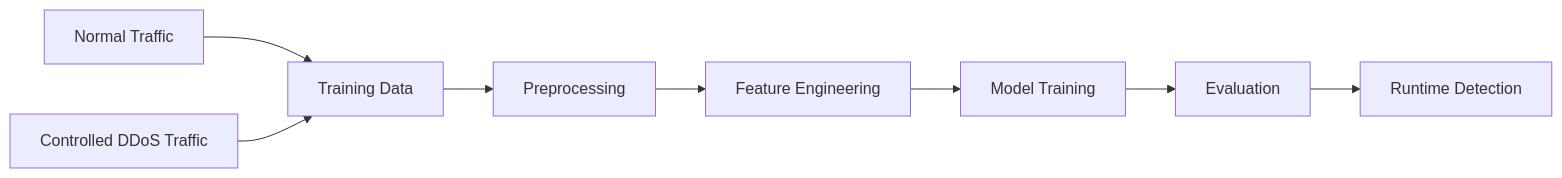
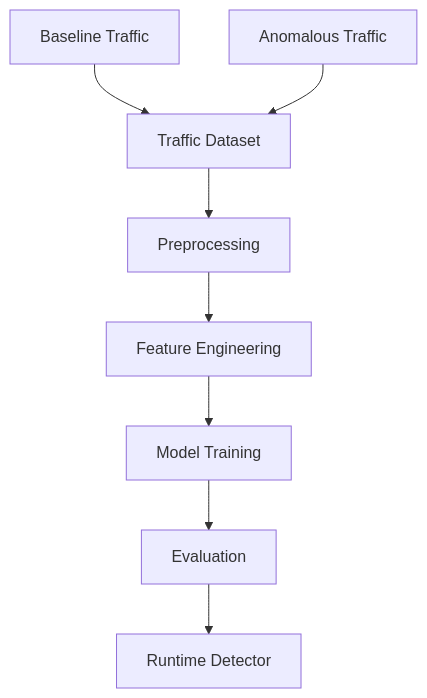
Before and after one commit to ns7523/DDoS-attack-in-IoT-Real-Time: the fourth of 4 diagrams in README.md, drawn with Mermaid. The commit also changed other lines of this file, not shown here.

Commit message:
Refine repo 2 README with premium Apple-style graphics and UI

````diff
--- a/README.md
+++ b/README.md
@@ -216,10 +199,10 @@
 ```mermaid
-flowchart LR
-    A[Normal Traffic] --> C[Training Data]
-    B[Controlled DDoS Traffic] --> C
+flowchart TD
+    A[Baseline Traffic] --> C[Traffic Dataset]
+    B[Anomalous Traffic] --> C
     C --> D[Preprocessing]
     D --> E[Feature Engineering]
     E --> F[Model Training]
     F --> G[Evaluation]
-    G --> H[Runtime Detection]
+    G --> H[Runtime Detector]
 ```
````
